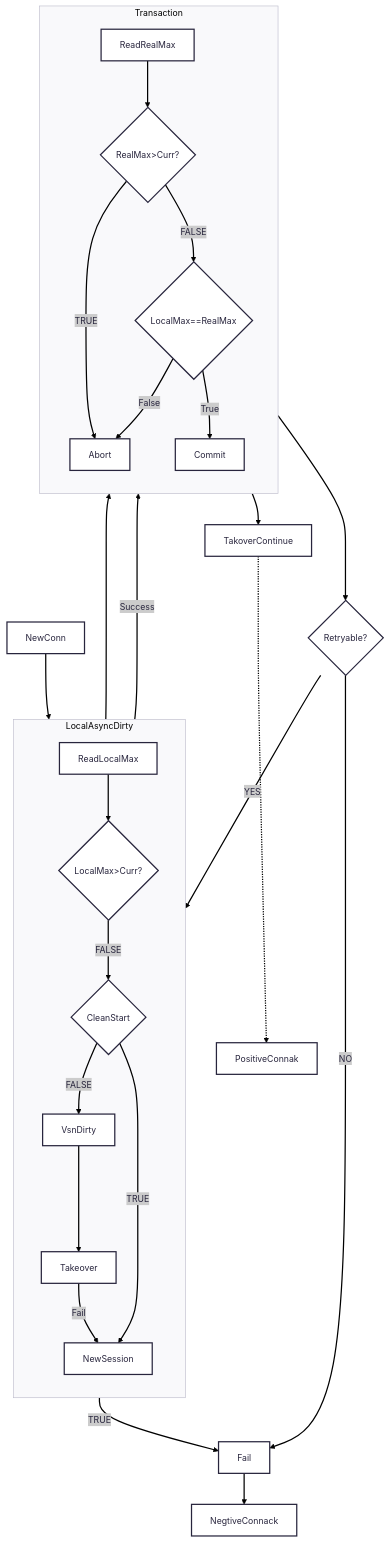
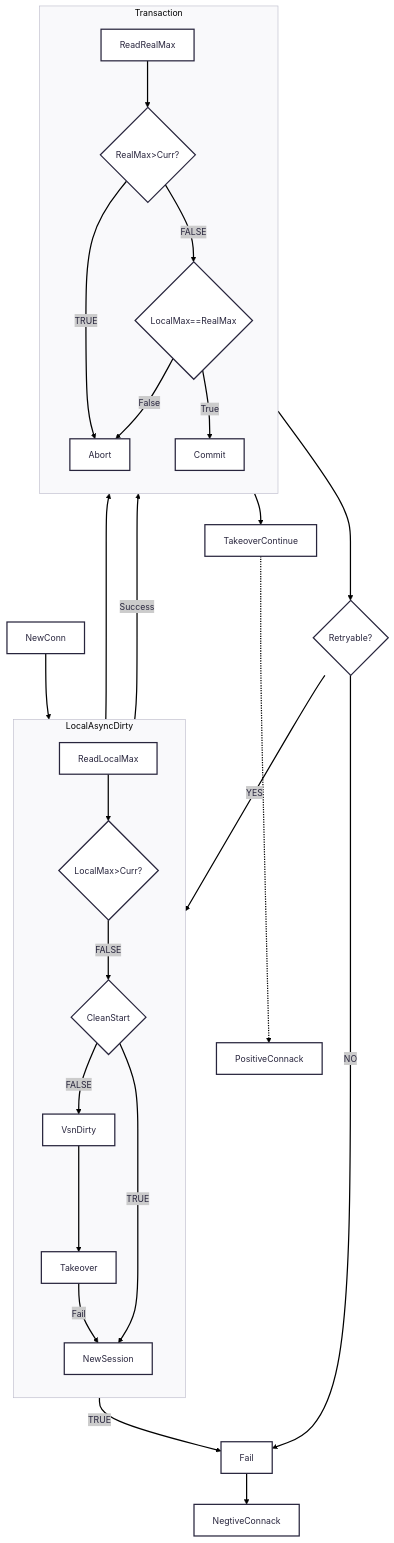
One commit to emqx/eip changed the diagram in active/0030-emqx_linear_channel_registry.md. Above: the diagram before and after it, drawn with Mermaid. The commit also changed other lines of this file, not shown here.

````diff
--- a/active/0030-emqx_linear_channel_registry.md
+++ b/active/0030-emqx_linear_channel_registry.md
@@ -121,57 +121,57 @@
 ```mermaid
 ---
 config:
       theme: redux
 ---
 flowchart TD
     NewConn-->ReadLocalMax
     ReadLocalMax-->C0{LocalMax>Curr?}
     C0--TRUE-->Fail
     C0--FALSE-->C1{CleanStart}
     VsnDirty --->Takeover
     C1 --FALSE--> VsnDirty@{shape=input}
 
     Takeover--Fail-->NewSession
 
     C1 --TRUE--> NewSession
 
     ReadRealMax-->C2{RealMax>Curr?}
 
     Takeover--Success---->Transaction
     NewSession-->Transaction
 
 
     C2--FALSE-->C3{LocalMax==RealMax}
     C2--TRUE-->Abort
 
     C3--True-->Commit
     C3--False-->Abort
 
     
     Abort-->C4{Retryable?};
     C4--YES-->VsnDirty
     C4--NO-->Fail
 
-    Commit-->TakoverContinue
+    Commit-->TakeoverContinue
 
     Fail-->NegtiveConnack
-    TakoverContinue-..->PositiveConnak
+    TakeoverContinue-..->PositiveConnack
 
     subgraph LocalAsyncDirty
         direction TB
         ReadLocalMax
         C0
         C1
         VsnDirty
         Takeover
         NewSession
     end
     subgraph Transaction
         direction TB
         ReadRealMax
         C2
         C3
         Abort
         Commit
     end
 ```
````
